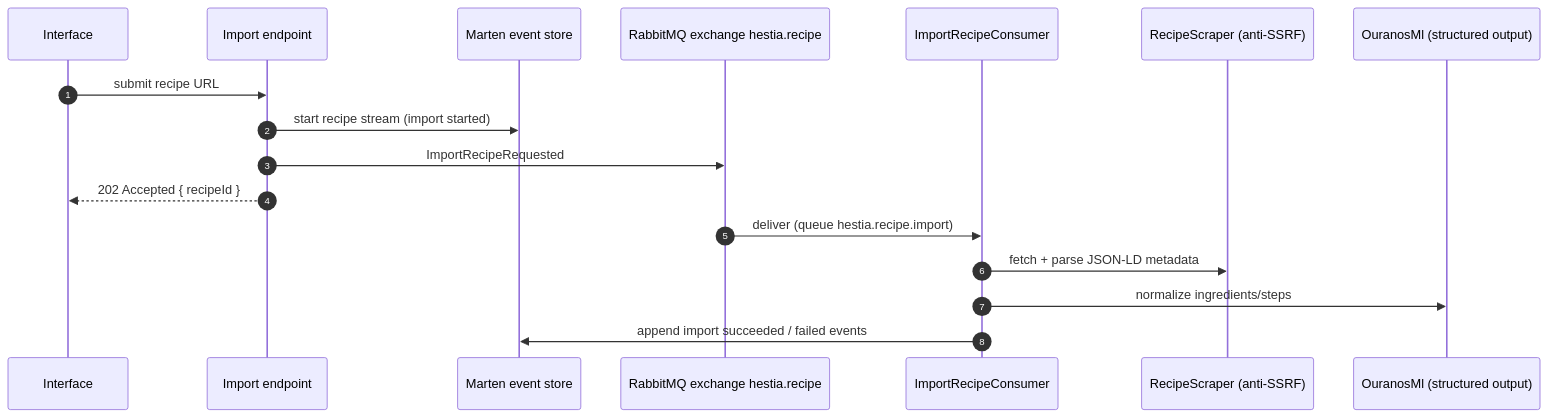
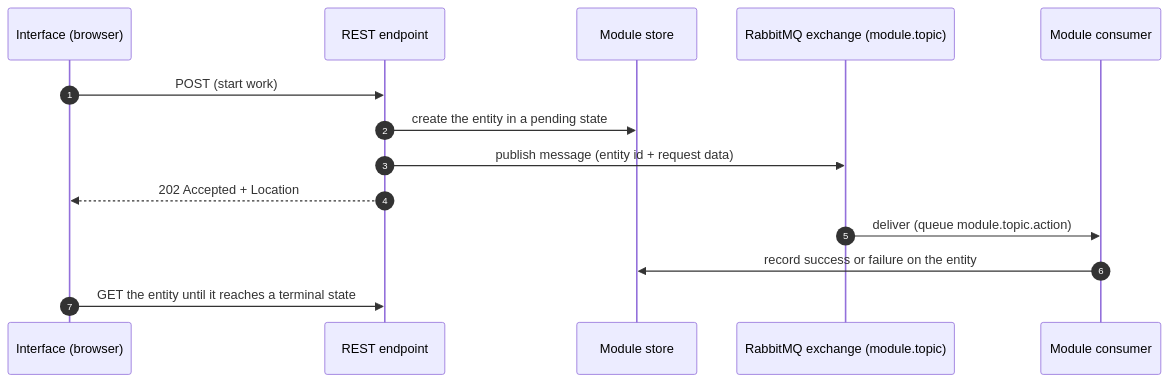
One commit to davwales/ouranos-pantheon changed the second of 3 diagrams in docs/architecture/06-runtime-view.md. Above: the diagram before and after it, drawn with Mermaid. The commit also changed other lines of this file and 43 other files, not shown here.

````diff
--- a/docs/architecture/06-runtime-view.md
+++ b/docs/architecture/06-runtime-view.md
@@ -207,20 +48,17 @@
 ```mermaid
 sequenceDiagram
     autonumber
-    participant UI as Interface
-    participant EP as Import endpoint
-    participant M as Marten event store
-    participant X as RabbitMQ exchange hestia.recipe
-    participant C as ImportRecipeConsumer
-    participant S as RecipeScraper (anti-SSRF)
-    participant ML as OuranosMl (structured output)
+    participant UI as Interface (browser)
+    participant EP as REST endpoint
+    participant DB as Module store
+    participant X as RabbitMQ exchange (module.topic)
+    participant C as Module consumer
 
-    UI ->> EP: submit recipe URL
-    EP ->> M: start recipe stream (import started)
-    EP ->> X: ImportRecipeRequested
-    EP -->> UI: 202 Accepted { recipeId }
-    X ->> C: deliver (queue hestia.recipe.import)
-    C ->> S: fetch + parse JSON-LD metadata
-    C ->> ML: normalize ingredients/steps
-    C ->> M: append import succeeded / failed events
+    UI ->> EP: POST (start work)
+    EP ->> DB: create the entity in a pending state
+    EP ->> X: publish message (entity id + request data)
+    EP -->> UI: 202 Accepted + Location
+    X ->> C: deliver (queue module.topic.action)
+    C ->> DB: record success or failure on the entity
+    UI ->> EP: GET the entity until it reaches a terminal state
 ```
````
